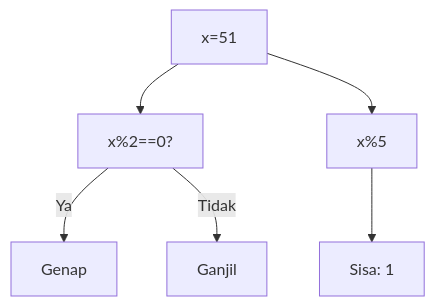
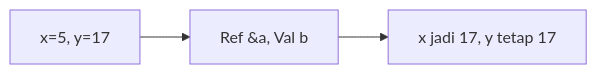
One commit to amnahwaida/OSNK_INF_PREP changed the third of 25 diagrams in part-c-pemahaman-cpp/04-fungsi/latihan/set-07.md. Above: the diagram before and after it, drawn with Mermaid. The commit also changed other lines of this file and 71 other files, not shown here.

````diff
--- a/part-c-pemahaman-cpp/04-fungsi/latihan/set-07.md
+++ b/part-c-pemahaman-cpp/04-fungsi/latihan/set-07.md
@@ -191,8 +74,5 @@
 ```mermaid
-graph TD
-A["x=51"] --> B["x%2==0?"]
-B -- Ya --> C["Genap"]
-B -- Tidak --> D["Ganjil"]
-A --> E["x%5"]
-E --> F["Sisa: 1"]
+graph LR
+A["x=5, y=17"] --> B["Ref &a, Val b"]
+B --> C["x jadi 17, y tetap 17"]
 ```
````
